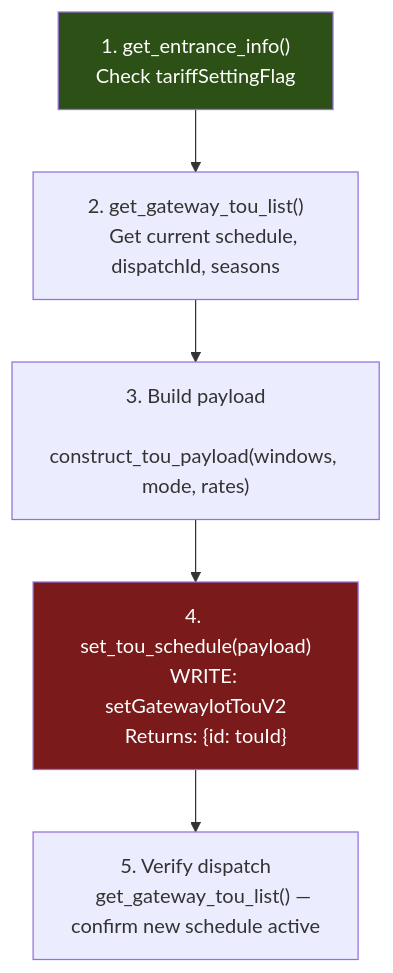
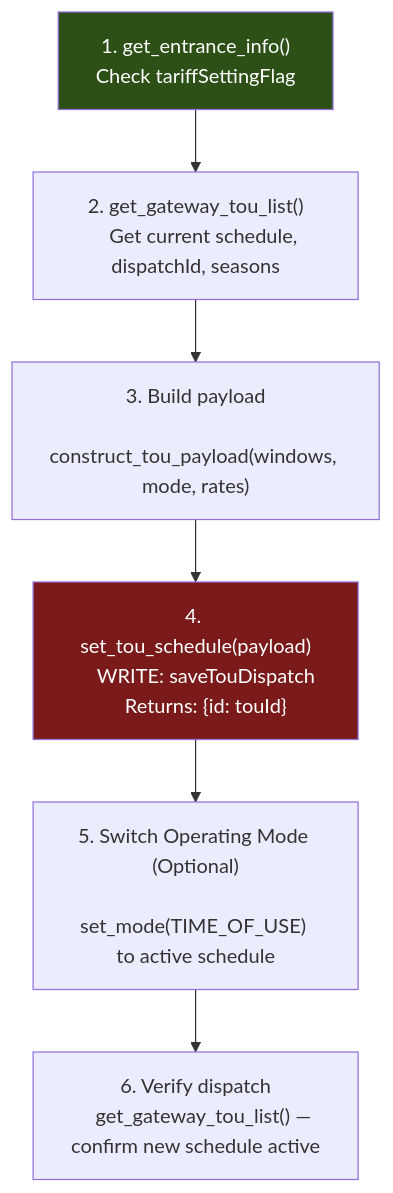
One commit to david2069/franklinwh-cloud changed the second of 5 diagrams in docs/TOU_SCHEDULE_GUIDE.md. Above: the diagram before and after it, drawn with Mermaid. The commit also changed other lines of this file and 14 other files, not shown here.

````diff
--- a/docs/TOU_SCHEDULE_GUIDE.md
+++ b/docs/TOU_SCHEDULE_GUIDE.md
@@ -93,21 +93,24 @@
 ```mermaid
 flowchart TD
     A["1. get_entrance_info()
     Check tariffSettingFlag"] --> B
 
     B["2. get_gateway_tou_list()
     Get current schedule, dispatchId, seasons"] --> C
 
     C["3. Build payload
     construct_tou_payload(windows, mode, rates)"] --> D
 
     D["4. set_tou_schedule(payload)
-    WRITE: setGatewayIotTouV2
+    WRITE: saveTouDispatch
     Returns: {id: touId}"] --> E
 
-    E["5. Verify dispatch
+    E["5. Switch Operating Mode (Optional)
+    set_mode(TIME_OF_USE) to active schedule"] --> F
+
+    F["6. Verify dispatch
     get_gateway_tou_list() — confirm new schedule active"]
 
     style A fill:#2d5016,color:#fff
     style D fill:#7a1a1a,color:#fff
 ```
````
